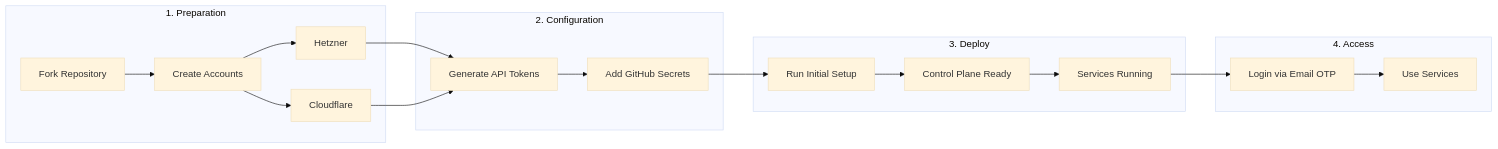
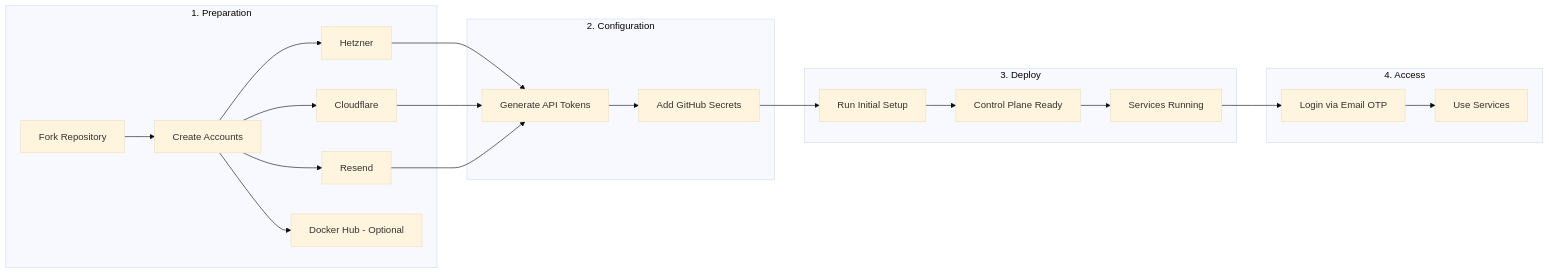
Before and after one commit to stefanko-ch/Nexus-Stack: the first of 3 diagrams in README.md, drawn with Mermaid (base theme).

Commit message:
fix(docs): Add Resend and Docker Hub to Quick Start Flow diagram
Added missing accounts to preparation phase:
- Resend (required for email notifications)
- Docker Hub (optional for higher pull rate limits)

````diff
--- a/README.md
+++ b/README.md
@@ -67,24 +67,26 @@
 ```mermaid
 flowchart LR
     subgraph prep ["1. Preparation"]
         A[Fork Repository] --> B[Create Accounts]
         B --> B1[Hetzner]
         B --> B2[Cloudflare]
+        B --> B3[Resend]
+        B --> B4[Docker Hub - Optional]
     end
 
     subgraph config ["2. Configuration"]
-        B1 & B2 --> C[Generate API Tokens]
+        B1 & B2 & B3 --> C[Generate API Tokens]
         C --> D[Add GitHub Secrets]
     end
 
     subgraph deploy ["3. Deploy"]
         D --> E[Run Initial Setup]
         E --> F[Control Plane Ready]
         F --> G[Services Running]
     end
 
     subgraph access ["4. Access"]
         G --> H[Login via Email OTP]
         H --> I[Use Services]
     end
 ```
````
